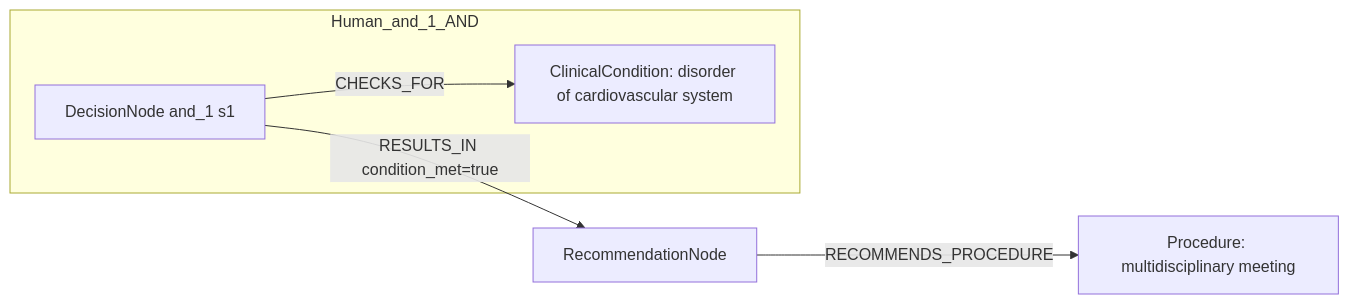
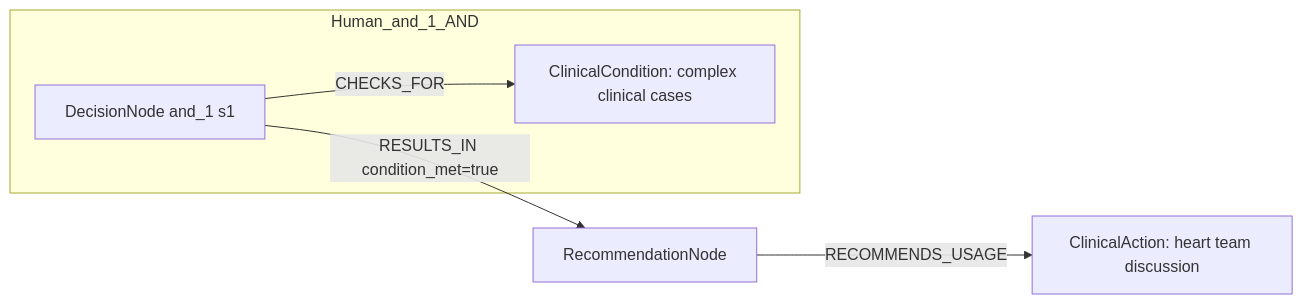
The first of 2 diagrams in docs/table22_rows_comparison/row_02.md (dieterich-lab/CardioGuidelinesGraph), drawn with Mermaid before and after one commit. The commit also changed other lines of this file and 20 other files, not shown here.

````diff
--- a/docs/table22_rows_comparison/row_02.md
+++ b/docs/table22_rows_comparison/row_02.md
@@ -178,12 +187,12 @@
 ```mermaid
 graph LR
   REC[RecommendationNode]
-  ACT1[Procedure: multidisciplinary meeting]
-  REC -->|RECOMMENDS_PROCEDURE| ACT1
+  ACT1[ClinicalAction: heart team discussion]
+  REC -->|RECOMMENDS_USAGE| ACT1
   subgraph Human_and_1_AND
     D_and_1_1[DecisionNode and_1 s1]
-    C_and_1_1[ClinicalCondition: disorder of cardiovascular system]
+    C_and_1_1[ClinicalCondition: complex clinical cases]
     D_and_1_1 -->|CHECKS_FOR| C_and_1_1
   end
   D_and_1_1 -->|RESULTS_IN condition_met=true| REC
 ```
````
